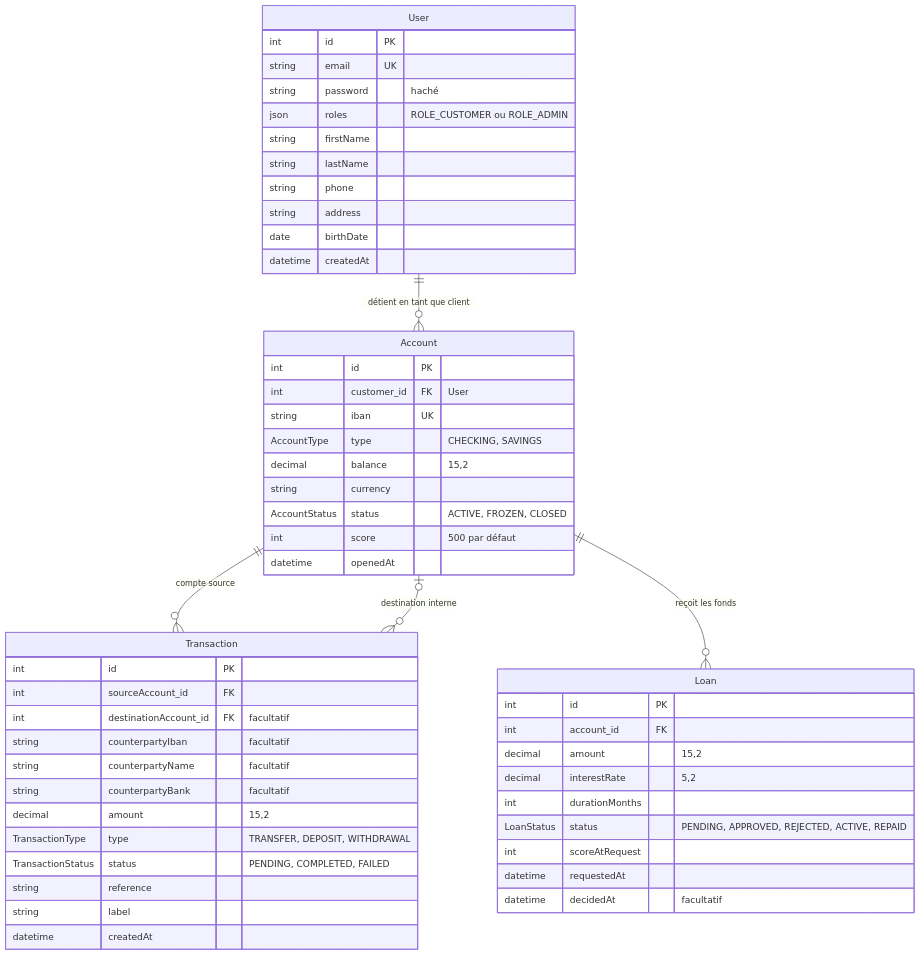
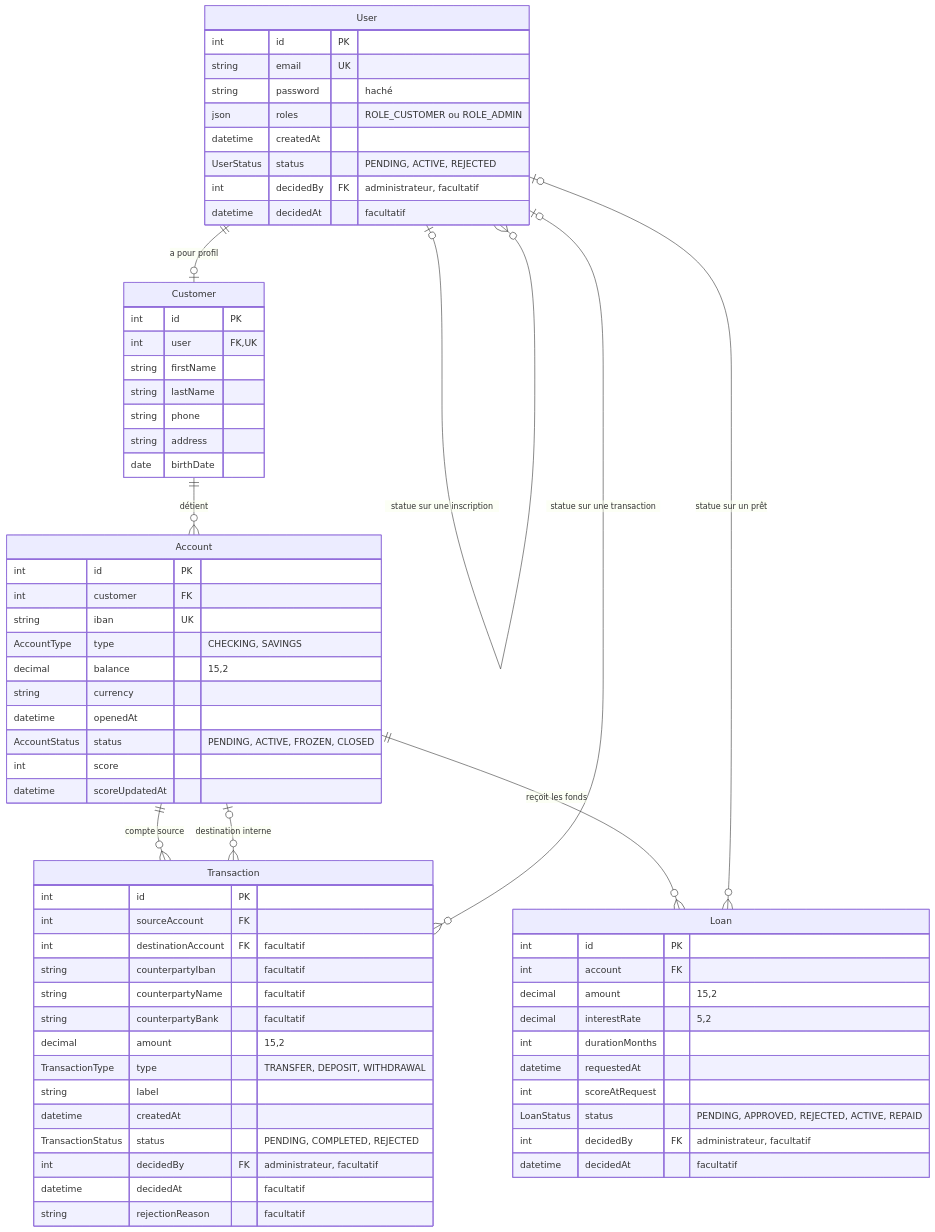
The diagram in README.md (chaher-bah/Symfony_Banque_project), drawn with Mermaid before and after one commit. The commit also changed other lines of this file, not shown here.

Commit message:
Séparer le profil client et documenter les décisions administratives

````diff
--- a/README.md
+++ b/README.md
@@ -7,59 +7,75 @@
 ```mermaid
 erDiagram
-    User ||--o{ Account : "détient en tant que client"
+    User ||--o| Customer : "a pour profil"
+    Customer ||--o{ Account : "détient"
     Account ||--o{ Transaction : "compte source"
     Account o|--o{ Transaction : "destination interne"
     Account ||--o{ Loan : "reçoit les fonds"
+    User o|--o{ User : "statue sur une inscription"
+    User o|--o{ Transaction : "statue sur une transaction"
+    User o|--o{ Loan : "statue sur un prêt"
 
     User {
         int id PK
         string email UK
         string password "haché"
         json roles "ROLE_CUSTOMER ou ROLE_ADMIN"
+        datetime createdAt
+        UserStatus status "PENDING, ACTIVE, REJECTED"
+        int decidedBy FK "administrateur, facultatif"
+        datetime decidedAt "facultatif"
+    }
+
+    Customer {
+        int id PK
+        int user FK, UK
         string firstName
         string lastName
         string phone
         string address
         date birthDate
-        datetime createdAt
     }
 
     Account {
         int id PK
-        int customer_id FK "User"
+        int customer FK
         string iban UK
         AccountType type "CHECKING, SAVINGS"
         decimal balance "15,2"
         string currency
-        AccountStatus status "ACTIVE, FROZEN, CLOSED"
-        int score "500 par défaut"
         datetime openedAt
+        AccountStatus status "PENDING, ACTIVE, FROZEN, CLOSED"
+        int score
+        datetime scoreUpdatedAt
     }
 
     Transaction {
         int id PK
-        int sourceAccount_id FK
-        int destinationAccount_id FK "facultatif"
+        int sourceAccount FK
+        int destinationAccount FK "facultatif"
         string counterpartyIban "facultatif"
         string counterpartyName "facultatif"
         string counterpartyBank "facultatif"
         decimal amount "15,2"
         TransactionType type "TRANSFER, DEPOSIT, WITHDRAWAL"
-        TransactionStatus status "PENDING, COMPLETED, FAILED"
-        string reference
         string label
         datetime createdAt
+        TransactionStatus status "PENDING, COMPLETED, REJECTED"
+        int decidedBy FK "administrateur, facultatif"
+        datetime decidedAt "facultatif"
+        string rejectionReason "facultatif"
     }
 
     Loan {
         int id PK
-        int account_id FK
+        int account FK
         decimal amount "15,2"
         decimal interestRate "5,2"
         int durationMonths
+        datetime requestedAt
+        int scoreAtRequest
         LoanStatus status "PENDING, APPROVED, REJECTED, ACTIVE, REPAID"
-        int scoreAtRequest
-        datetime requestedAt
+        int decidedBy FK "administrateur, facultatif"
         datetime decidedAt "facultatif"
     }
 ```
````
